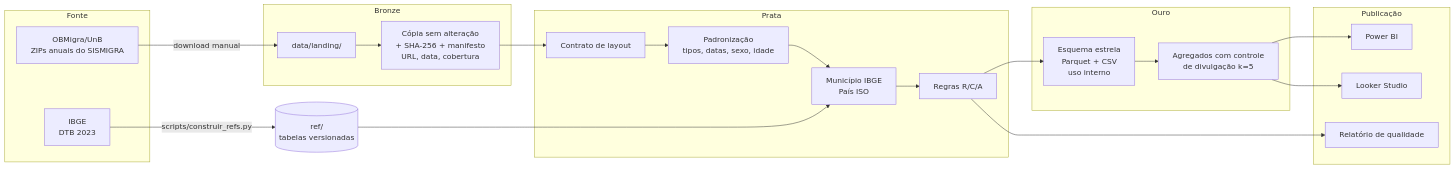
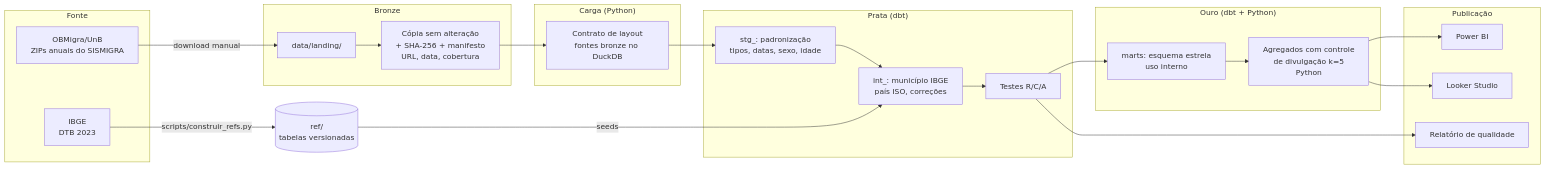
The first of 3 diagrams in README.md (agdala/sismigra-analytics), drawn with Mermaid before and after one commit. The commit also changed other lines of this file and 2 other files, not shown here.

Commit message:
Documenta a camada dbt no README e no dicionário

````diff
--- a/README.md
+++ b/README.md
@@ -64,32 +67,35 @@
 ```mermaid
 flowchart LR
     subgraph Fonte
         A[OBMigra/UnB<br/>ZIPs anuais do SISMIGRA]
         B[IBGE<br/>DTB 2023]
     end
     subgraph Bronze
         C[data/landing/] --> D[Cópia sem alteração<br/>+ SHA-256 + manifesto<br/>URL, data, cobertura]
     end
-    subgraph Prata
-        E[Contrato de layout] --> F[Padronização<br/>tipos, datas, sexo, idade]
-        F --> G[Município IBGE<br/>País ISO]
-        G --> H[Regras R/C/A]
+    subgraph Carga["Carga (Python)"]
+        E[Contrato de layout<br/>fontes bronze no DuckDB]
     end
-    subgraph Ouro
-        I[Esquema estrela<br/>Parquet + CSV<br/>uso interno]
-        J[Agregados com controle<br/>de divulgação k=5]
+    subgraph Prata["Prata (dbt)"]
+        F[stg_: padronização<br/>tipos, datas, sexo, idade]
+        F --> G[int_: município IBGE<br/>país ISO, correções]
+        G --> H[Testes R/C/A]
+    end
+    subgraph Ouro["Ouro (dbt + Python)"]
+        I[marts: esquema estrela<br/>uso interno]
+        J[Agregados com controle<br/>de divulgação k=5<br/>Python]
     end
     subgraph Publicação
         K[Power BI]
         L[Looker Studio]
         M[Relatório de qualidade]
     end
     A -->|download manual| C
     B -->|scripts/construir_refs.py| R[(ref/<br/>tabelas versionadas)]
-    D --> E
-    R --> G
+    D --> E --> F
+    R -->|seeds| G
     H --> I --> J
     J --> K
     J --> L
     H --> M
 ```
````
